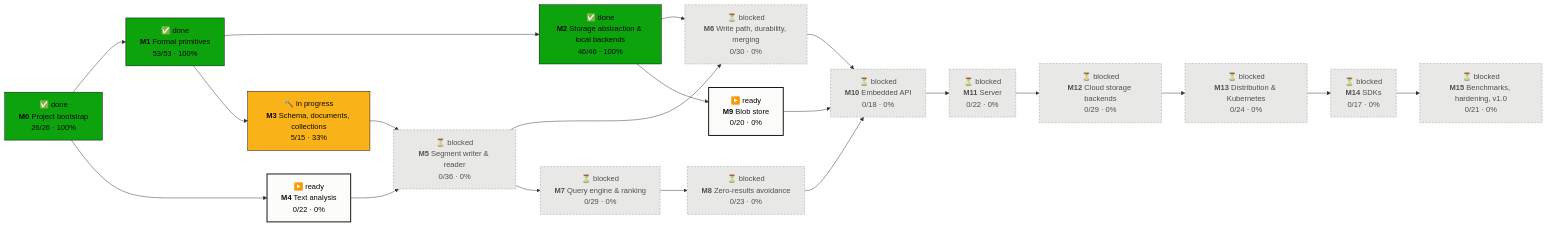
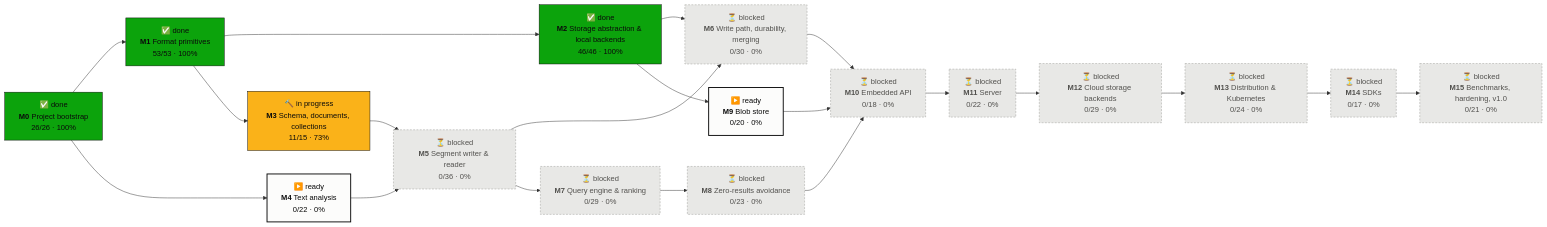
One commit to tomiok/persiaDB changed the first of 2 diagrams in PROGRESS.md. Above: the diagram before and after it, drawn with Mermaid. The commit also changed other lines of this file and 28 other files, not shown here.

First line of the commit message:
Document model: values, canonical floats, CBOR DocStore encoding, JSON form (ROADMAP 3.2.1–3.2.6) (#12)

````diff
--- a/PROGRESS.md
+++ b/PROGRESS.md
@@ -14,42 +14,42 @@
 ```mermaid
 flowchart LR
   M0["✅ done<br/><b>M0</b> Project bootstrap<br/>26/26 · 100%"]:::done
   M1["✅ done<br/><b>M1</b> Format primitives<br/>53/53 · 100%"]:::done
   M2["✅ done<br/><b>M2</b> Storage abstraction & local backends<br/>46/46 · 100%"]:::done
-  M3["🔨 in progress<br/><b>M3</b> Schema, documents, collections<br/>5/15 · 33%"]:::doing
+  M3["🔨 in progress<br/><b>M3</b> Schema, documents, collections<br/>11/15 · 73%"]:::doing
   M4["▶️ ready<br/><b>M4</b> Text analysis<br/>0/22 · 0%"]:::ready
   M5["⏳ blocked<br/><b>M5</b> Segment writer & reader<br/>0/36 · 0%"]:::blocked
   M6["⏳ blocked<br/><b>M6</b> Write path, durability, merging<br/>0/30 · 0%"]:::blocked
   M7["⏳ blocked<br/><b>M7</b> Query engine & ranking<br/>0/29 · 0%"]:::blocked
   M8["⏳ blocked<br/><b>M8</b> Zero-results avoidance<br/>0/23 · 0%"]:::blocked
   M9["▶️ ready<br/><b>M9</b> Blob store<br/>0/20 · 0%"]:::ready
   M10["⏳ blocked<br/><b>M10</b> Embedded API<br/>0/18 · 0%"]:::blocked
   M11["⏳ blocked<br/><b>M11</b> Server<br/>0/22 · 0%"]:::blocked
   M12["⏳ blocked<br/><b>M12</b> Cloud storage backends<br/>0/29 · 0%"]:::blocked
   M13["⏳ blocked<br/><b>M13</b> Distribution & Kubernetes<br/>0/24 · 0%"]:::blocked
   M14["⏳ blocked<br/><b>M14</b> SDKs<br/>0/17 · 0%"]:::blocked
   M15["⏳ blocked<br/><b>M15</b> Benchmarks, hardening, v1.0<br/>0/21 · 0%"]:::blocked
   M0 --> M1
   M1 --> M2
   M1 --> M3
   M0 --> M4
   M3 --> M5
   M4 --> M5
   M2 --> M6
   M5 --> M6
   M5 --> M7
   M7 --> M8
   M2 --> M9
   M6 --> M10
   M8 --> M10
   M9 --> M10
   M10 --> M11
   M11 --> M12
   M12 --> M13
   M13 --> M14
   M14 --> M15
   classDef done fill:#0ca30c,stroke:#0b0b0b,color:#0b0b0b
   classDef doing fill:#fab219,stroke:#0b0b0b,color:#0b0b0b
   classDef ready fill:#fcfcfb,stroke:#0b0b0b,stroke-width:2px,color:#0b0b0b
   classDef blocked fill:#e8e8e6,stroke:#9a9a96,stroke-dasharray:4 3,color:#52514e
 ```
````
